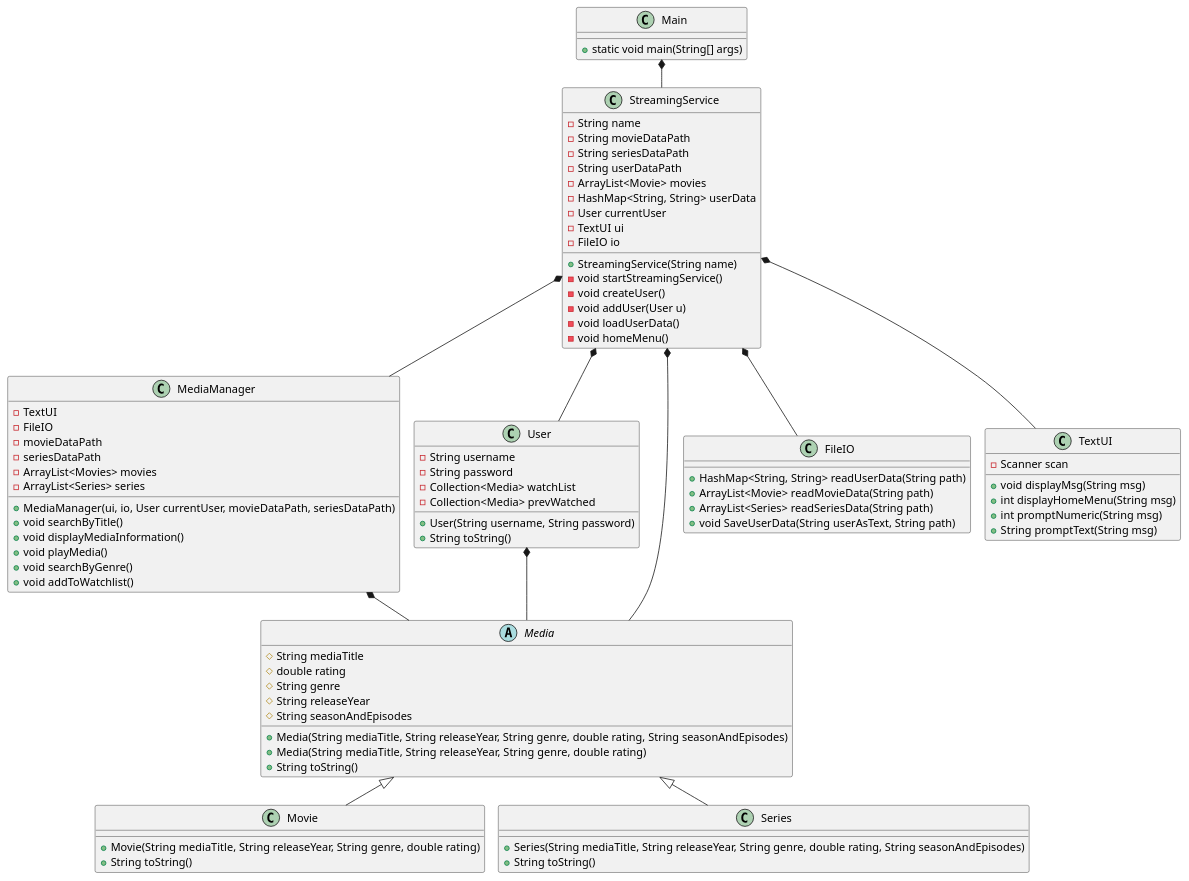
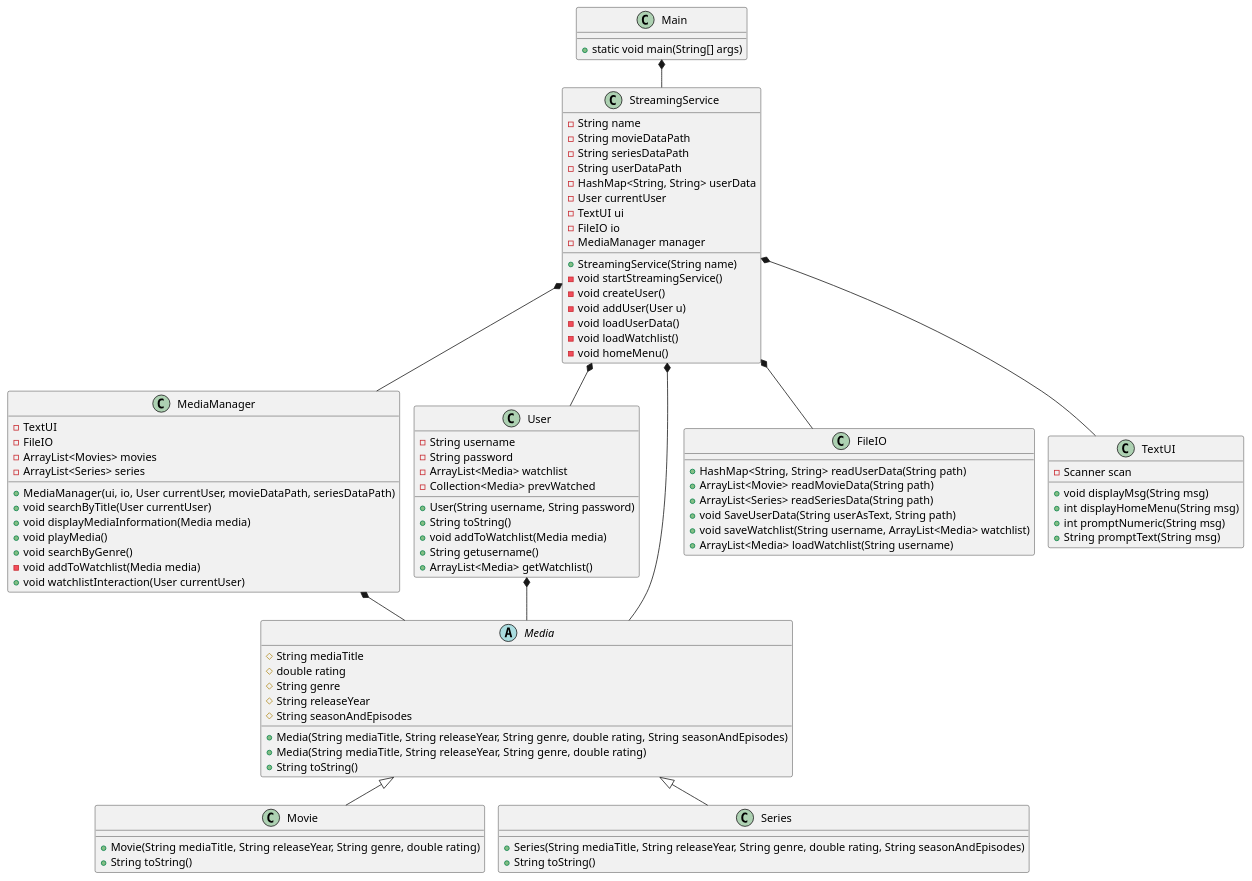
The diagram in doc/classdiagram/classdiagram_v1.puml (EmilDagsberg/SP3), drawn with PlantUML before and after one commit. The commit also changed 11 other files, not shown here.

Commit message:
watchlist færdig Små ændringer ændringer i klassdiagrammet

```diff
--- a/doc/classdiagram/classdiagram_v1.puml
+++ b/doc/classdiagram/classdiagram_v1.puml
@@ -1,105 +1,107 @@
 @startuml
 !pragma layout smetana
 
 class Main {
 + static void main(String[] args)
 }
 
 class StreamingService{
 - String name
 - String movieDataPath
 - String seriesDataPath
 - String userDataPath
-- ArrayList<Movie> movies
 - HashMap<String, String> userData
 - User currentUser
 - TextUI ui
 - FileIO io
+- MediaManager manager
 + StreamingService(String name)
 - void startStreamingService()
 - void createUser()
 - void addUser(User u)
 - void loadUserData()
+- void loadWatchlist()
 - void homeMenu()
 
 
 }
 
 class MediaManager {
 - TextUI
 - FileIO
-- movieDataPath
-- seriesDataPath
 - ArrayList<Movies> movies
 - ArrayList<Series> series
 + MediaManager(ui, io, User currentUser, movieDataPath, seriesDataPath)
-+ void searchByTitle()
-+ void displayMediaInformation()
++ void searchByTitle(User currentUser)
++ void displayMediaInformation(Media media)
 + void playMedia()
 + void searchByGenre()
-+ void addToWatchlist()
-
-
+- void addToWatchlist(Media media)
++ void watchlistInteraction(User currentUser)
 }
 
 class User {
 - String username
 - String password
-- Collection<Media> watchList
+- ArrayList<Media> watchlist
 - Collection<Media> prevWatched
 + User(String username, String password)
 + String toString()
-
++ void addToWatchlist(Media media)
++ String getusername()
++ ArrayList<Media> getWatchlist()
 }
 
 
 abstract class Media{
 # String mediaTitle
 # double rating
 # String genre
 # String releaseYear
 # String seasonAndEpisodes
 +Media(String mediaTitle, String releaseYear, String genre, double rating, String seasonAndEpisodes)
 +Media(String mediaTitle, String releaseYear, String genre, double rating)
 +String toString()
 }
 
 class Movie{
 + Movie(String mediaTitle, String releaseYear, String genre, double rating)
 +String toString()
 'metode der loader liste over film?
 
 }
 
 class Series{
 +Series(String mediaTitle, String releaseYear, String genre, double rating, String seasonAndEpisodes)
 +String toString()
 'metode der loader liste over serier?
 }
 
 class FileIO {
 + HashMap<String, String> readUserData(String path)
 + ArrayList<Movie> readMovieData(String path)
 + ArrayList<Series> readSeriesData(String path)
 + void SaveUserData(String userAsText, String path)
++ void saveWatchlist(String username, ArrayList<Media> watchlist)
++ ArrayList<Media> loadWatchlist(String username)
 }
 
 class TextUI {
 - Scanner scan
 + void displayMsg(String msg)
 + int displayHomeMenu(String msg)
 + int promptNumeric(String msg)
 + String promptText(String msg)
 }
 
 Main *-- StreamingService
 StreamingService *-- MediaManager
 MediaManager *-- Media
 StreamingService *-- User
 StreamingService *-- FileIO
 StreamingService *-- TextUI
 Media <|-- Movie
 Media <|-- Series
 StreamingService *-- Media
 User *-- Media
 @enduml
```
